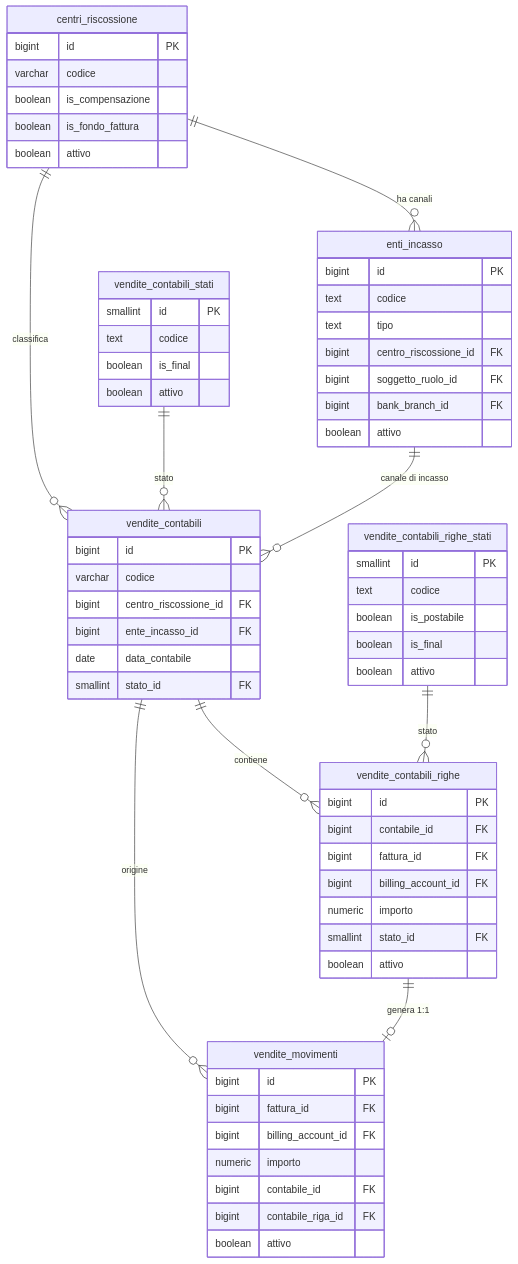
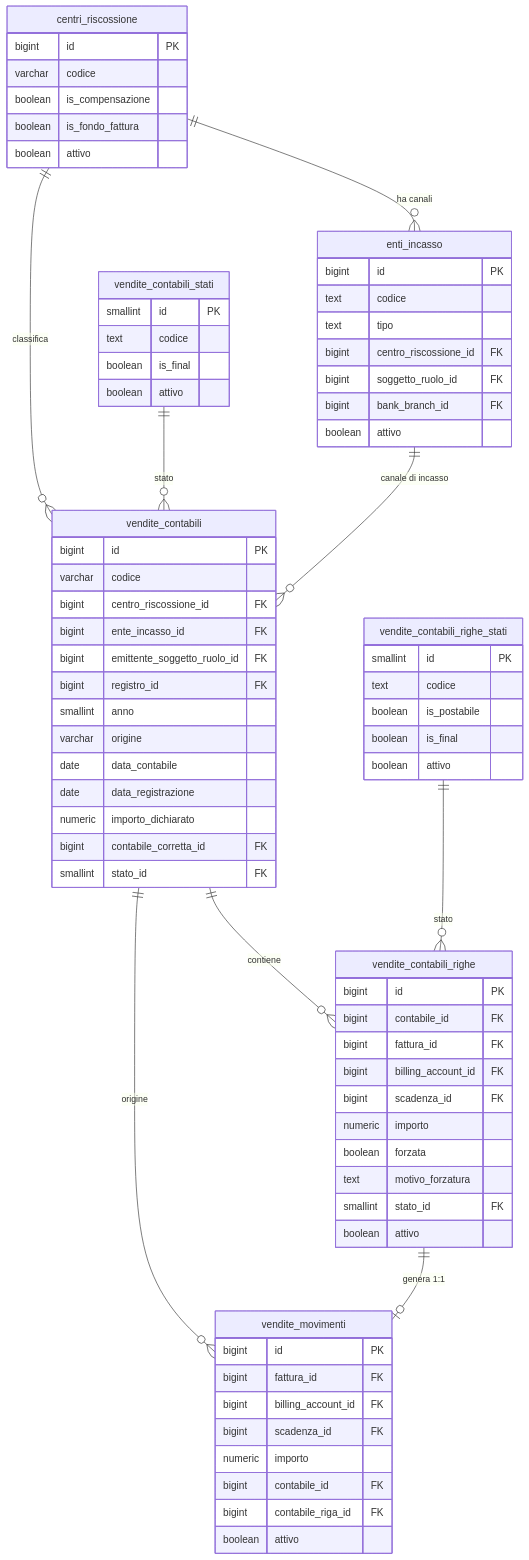
One commit to Tito-it/ZeroErp changed the second of 3 diagrams in docs/it/guide/gestione-dei-pagamenti.md. Above: the diagram before and after it, drawn with Mermaid. The commit also changed other lines of this file and 72 other files, not shown here.

```diff
--- a/docs/it/guide/gestione-dei-pagamenti.md
+++ b/docs/it/guide/gestione-dei-pagamenti.md
@@ -1159,7 +1317,14 @@
         varchar codice
         bigint centro_riscossione_id FK
         bigint ente_incasso_id FK
+        bigint emittente_soggetto_ruolo_id FK
+        bigint registro_id FK
+        smallint anno
+        varchar origine
         date data_contabile
+        date data_registrazione
+        numeric importo_dichiarato
+        bigint contabile_corretta_id FK
         smallint stato_id FK
     }
 
@@ -1168,7 +1333,10 @@
         bigint contabile_id FK
         bigint fattura_id FK
         bigint billing_account_id FK
+        bigint scadenza_id FK
         numeric importo
+        boolean forzata
+        text motivo_forzatura
         smallint stato_id FK
         boolean attivo
     }
@@ -1177,6 +1345,7 @@
         bigint id PK
         bigint fattura_id FK
         bigint billing_account_id FK
+        bigint scadenza_id FK
         numeric importo
         bigint contabile_id FK
         bigint contabile_riga_id FK
```
